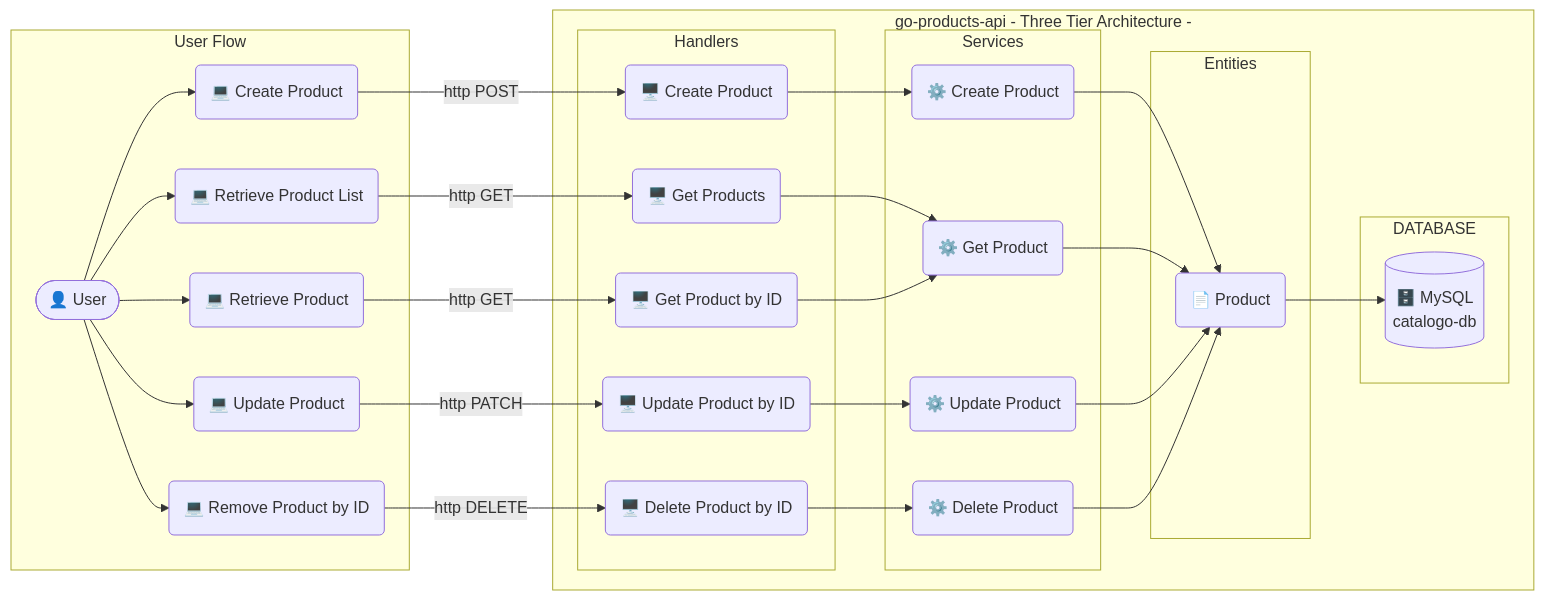
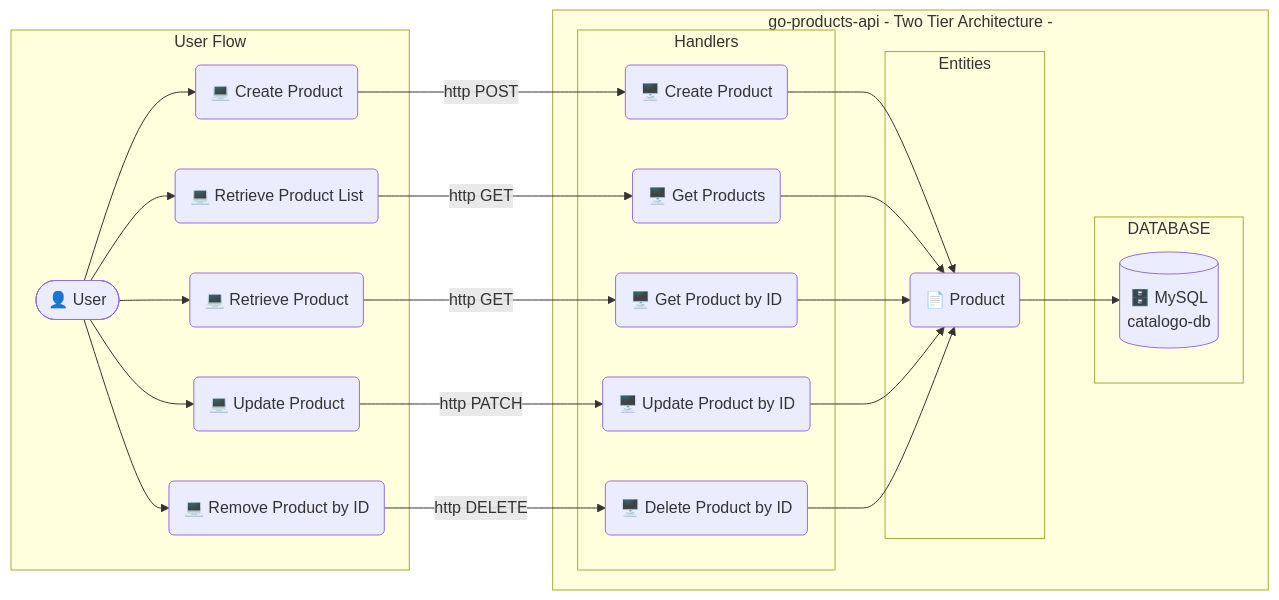
The diagram in README.md (jtonynet/go-products-api), drawn with Mermaid before and after one commit. The commit also changed other lines of this file and 15 other files, not shown here.

````diff
--- a/README.md
+++ b/README.md
@@ -122,61 +122,50 @@
 ```mermaid
 graph LR
     subgraph User Flow
       ADMIN(["👤 User"])
 
       ADMIN --> CREATE_PRODUCT("💻 Create Product")
       ADMIN --> RETRIEVE_PRODUCT_LIST("💻 Retrieve Product List")
       ADMIN --> RETRIEVE_PRODUCT("💻 Retrieve Product")
       ADMIN --> UPDATE_PRODUCT("💻 Update Product")
       ADMIN --> REMOVE_PRODUCT_BY_ID("💻 Remove Product by ID")
     end
 
-    subgraph go-products-api - Three Tier Architecture -
+    subgraph go-products-api - Two Tier Architecture -
       subgraph Handlers
         API_CREATE_PRODUCT("🖥️ Create Product")
         API_GET_PRODUCTS("🖥️ Get Products")
         API_GET_PRODUCT("🖥️ Get Product by ID")
         API_UPDATE_PRODUCT("🖥️ Update Product by ID")
         API_DELETE_PRODUCT_BY_ID("🖥️ Delete Product by ID")
       end
 
-      subgraph Services
-        SERVICE_CREATE_PRODUCT("⚙️ Create Product")
-        SERVICE_GET_PRODUCT("⚙️ Get Product")
-        SERVICE_UPDATE_PRODUCT("⚙️ Update Product")
-        SERVICE_DELETE_PRODUCT("⚙️ Delete Product")
-
-      end
 
       subgraph Entities
         ENTITY_PRODUCT("📄 Product")
       end
 
       subgraph DATABASE
         CATALOGO_DB[("🗄️ MySQL <br/> catalogo-db")]
       end 
     end
   
 
   CREATE_PRODUCT -->|http POST| API_CREATE_PRODUCT
   RETRIEVE_PRODUCT_LIST -->|http GET| API_GET_PRODUCTS
   RETRIEVE_PRODUCT -->|http GET| API_GET_PRODUCT
   UPDATE_PRODUCT -->|http PATCH| API_UPDATE_PRODUCT
   REMOVE_PRODUCT_BY_ID -->|http DELETE| API_DELETE_PRODUCT_BY_ID
 
 
-  API_CREATE_PRODUCT-->SERVICE_CREATE_PRODUCT
-  API_GET_PRODUCTS-->SERVICE_GET_PRODUCT
-  API_GET_PRODUCT-->SERVICE_GET_PRODUCT
-  API_UPDATE_PRODUCT-->SERVICE_UPDATE_PRODUCT
-  API_DELETE_PRODUCT_BY_ID-->SERVICE_DELETE_PRODUCT
+  API_CREATE_PRODUCT-->ENTITY_PRODUCT
+  API_GET_PRODUCTS-->ENTITY_PRODUCT
+  API_GET_PRODUCT-->ENTITY_PRODUCT
+  API_UPDATE_PRODUCT-->ENTITY_PRODUCT 
+  API_DELETE_PRODUCT_BY_ID-->ENTITY_PRODUCT
 
 
-  SERVICE_CREATE_PRODUCT-->ENTITY_PRODUCT
-  SERVICE_GET_PRODUCT-->ENTITY_PRODUCT
-  SERVICE_UPDATE_PRODUCT-->ENTITY_PRODUCT
-  SERVICE_DELETE_PRODUCT-->ENTITY_PRODUCT
 
 
   ENTITY_PRODUCT-->CATALOGO_DB
 ```
````
